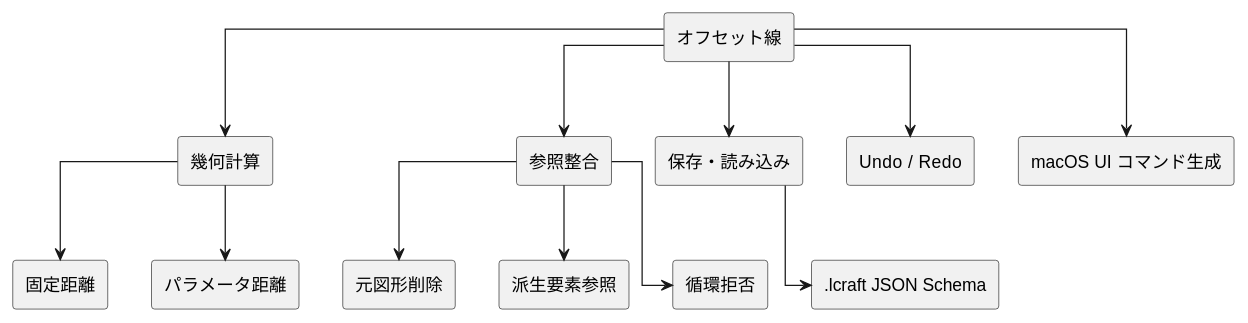
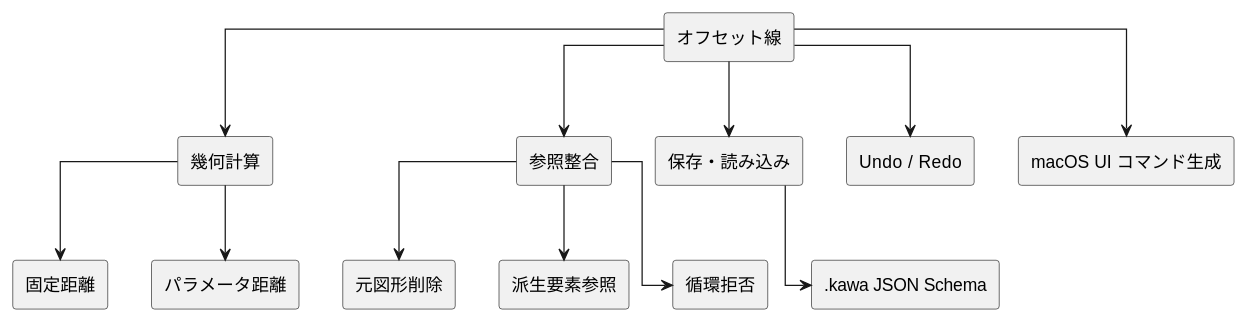
Before and after one commit to t-shin-komae/kawacad: the third of 3 diagrams in docs/design/derived-elements/offset-curves.md, drawn with PlantUML. The commit also changed other lines of this file and 45 other files, not shown here.

````diff
--- a/docs/design/derived-elements/offset-curves.md
+++ b/docs/design/derived-elements/offset-curves.md
@@ -89,33 +89,33 @@
 ```plantuml
 @startuml
 top to bottom direction
 
 skinparam shadowing false
 skinparam packageStyle rectangle
 skinparam linetype ortho
   rectangle "オフセット線" as Offset
   rectangle "幾何計算" as Geometry
 Offset --> Geometry
   rectangle "参照整合" as Reference
 Offset --> Reference
   rectangle "保存・読み込み" as Persistence
 Offset --> Persistence
   rectangle "Undo / Redo" as History
 Offset --> History
   rectangle "macOS UI コマンド生成" as UI
 Offset --> UI
 
   rectangle "固定距離" as Fixed
 Geometry --> Fixed
   rectangle "パラメータ距離" as Param
 Geometry --> Param
   rectangle "元図形削除" as DeleteSource
 Reference --> DeleteSource
   rectangle "派生要素参照" as Chain
 Reference --> Chain
   rectangle "循環拒否" as Cycle
 Reference --> Cycle
-  rectangle ".lcraft JSON Schema" as Schema
+  rectangle ".kawa JSON Schema" as Schema
 Persistence --> Schema
 @enduml
 ```
````
